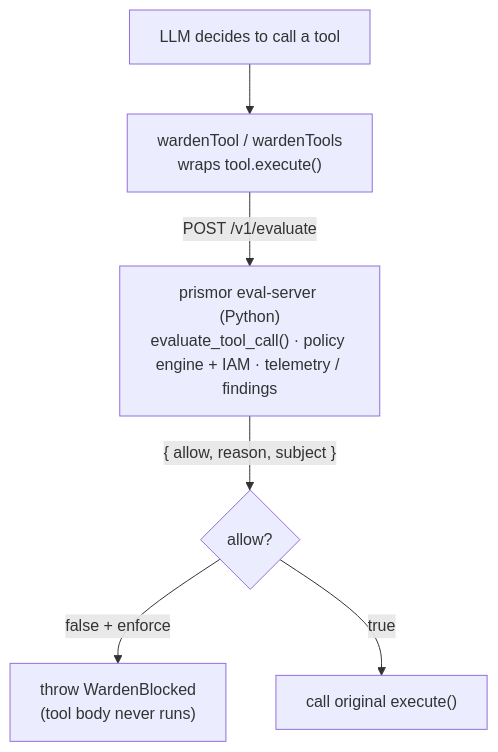
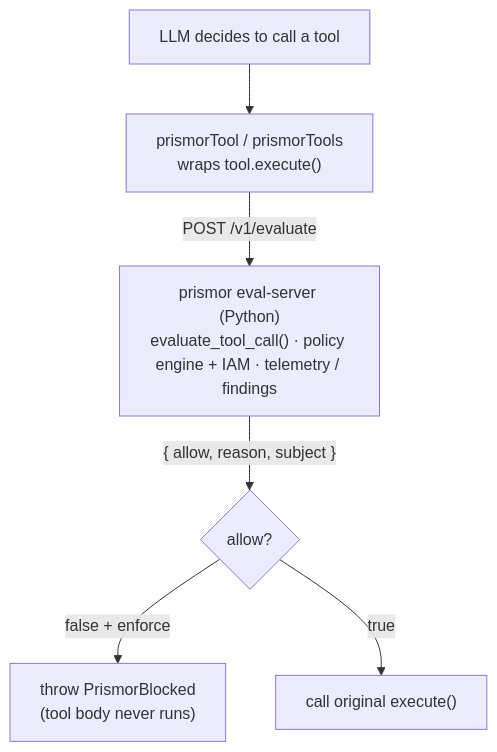
One commit to Madhumasa84/prismor changed the diagram in docs/frameworks-vercel-ai.md. Above: the diagram before and after it, drawn with Mermaid. The commit also changed other lines of this file and 307 other files, not shown here.

First line of the commit message:
Rename Warden -> Prismor across the runtime (prismor.runtime namespace)

````diff
--- a/docs/frameworks-vercel-ai.md
+++ b/docs/frameworks-vercel-ai.md
@@ -11,8 +11,8 @@
 ```mermaid
 flowchart TD
-    LLM["LLM decides to call a tool"] --> WRAP["wardenTool / wardenTools<br/>wraps tool.execute()"]
+    LLM["LLM decides to call a tool"] --> WRAP["prismorTool / prismorTools<br/>wraps tool.execute()"]
     WRAP -->|"POST /v1/evaluate"| SRV["prismor eval-server (Python)<br/>evaluate_tool_call() · policy engine + IAM · telemetry / findings"]
     SRV -->|"{ allow, reason, subject }"| DEC{allow?}
-    DEC -->|"false + enforce"| BLOCK["throw WardenBlocked<br/>(tool body never runs)"]
+    DEC -->|"false + enforce"| BLOCK["throw PrismorBlocked<br/>(tool body never runs)"]
     DEC -->|true| RUN["call original execute()"]
 ```
````
